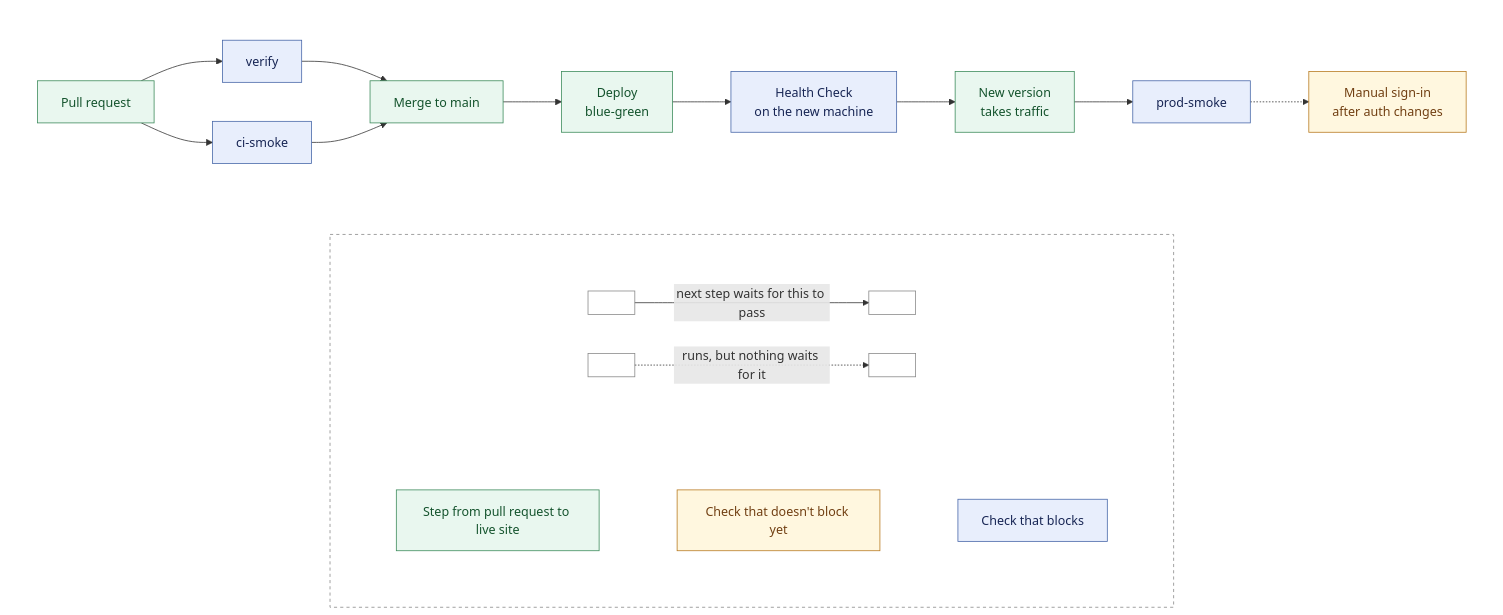
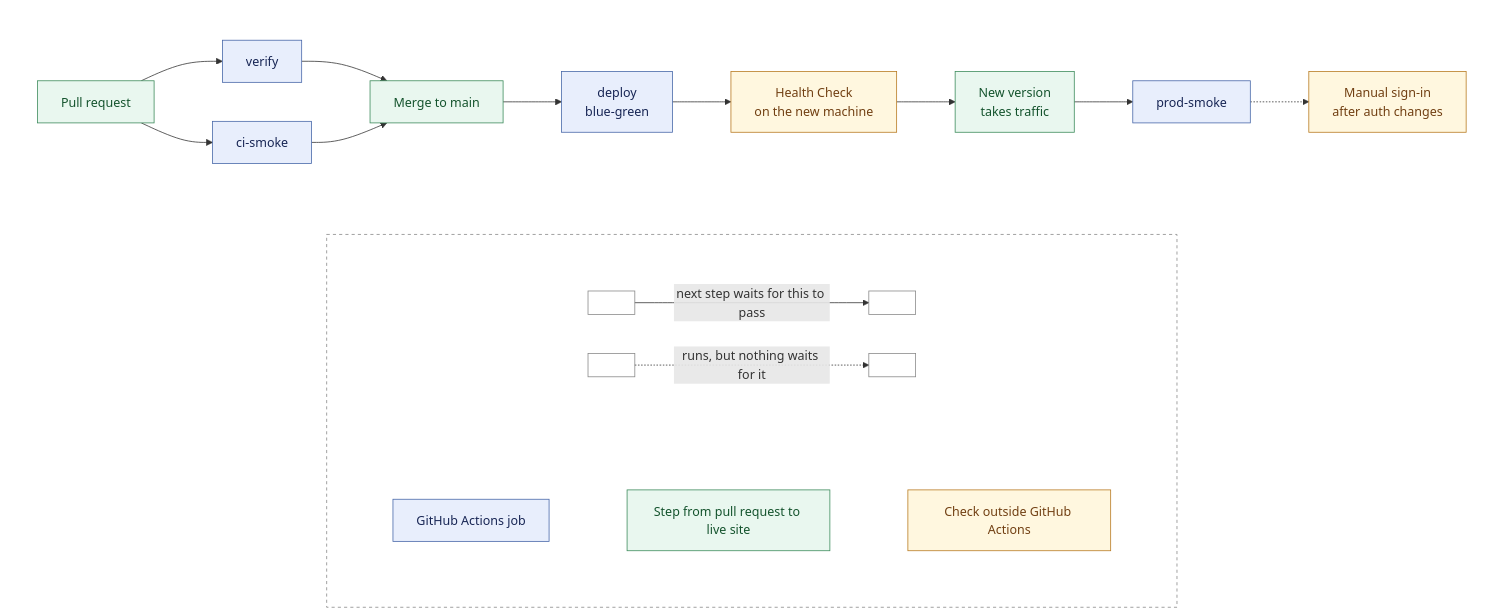
Before and after one commit to sumau/welltutored: the diagram in docs/pipeline.md, drawn with Mermaid.

Commit message:
Colour the pipeline diagram by kind of box, not by blocking
The arrows already say what blocks. Colour now separates GitHub Actions
jobs (verify, ci-smoke, deploy, prod-smoke), steps from pull request to
live site, and checks outside GitHub Actions (the Health Check, which
Fly runs, and the manual sign-in).

````diff
--- a/docs/pipeline.md
+++ b/docs/pipeline.md
@@ -12,52 +12,52 @@
 ```mermaid
 flowchart TB
   %% From pull request to live site.
   subgraph pipeline[" "]
     direction LR
     pr["Pull request"] --> verify["verify"]
     pr --> ciSmoke["ci-smoke"]
     verify --> merge["Merge to main"]
     ciSmoke --> merge
-    merge --> deploy["Deploy<br/>blue-green"]
+    merge --> deploy["deploy<br/>blue-green"]
     deploy --> health["Health Check<br/>on the new machine"]
     health --> live["New version<br/>takes traffic"]
     live --> prodSmoke["prod-smoke"]
     prodSmoke -.-> manual["Manual sign-in<br/>after auth changes"]
   end
 
   %% The legend. Links written ~~~ are invisible and only position things.
   subgraph legend[" "]
     direction TB
     subgraph legendArrows[" "]
       direction LR
       keyA[" "] -->|"next step waits for this to pass"| keyB[" "]
       keyC[" "] -.->|"runs, but nothing waits for it"| keyD[" "]
     end
 
     subgraph legendBoxes[" "]
       direction LR
+      keyJob["GitHub Actions job"]
       keyEvent["Step from pull request to live site"]
-      keySoft["Check that doesn't block yet"]
-      keyGate["Check that blocks"]
-      keyEvent ~~~ keySoft ~~~ keyGate
+      keyOther["Check outside GitHub Actions"]
+      keyJob ~~~ keyEvent ~~~ keyOther
     end
 
     legendArrows ~~~ legendBoxes
   end
 
   pipeline ~~~ legend
 
-  classDef gate fill:#e8eefc,stroke:#4666a8,color:#172554
-  classDef soft fill:#fff7df,stroke:#b7791f,color:#713f12
+  classDef job fill:#e8eefc,stroke:#4666a8,color:#172554
+  classDef other fill:#fff7df,stroke:#b7791f,color:#713f12
   classDef event fill:#e9f7ef,stroke:#3b8a5a,color:#14532d
   classDef blank fill:none,stroke:#888,color:#888
-  class verify,ciSmoke,health,prodSmoke,keyGate gate
-  class manual,keySoft soft
-  class pr,merge,deploy,live,keyEvent event
+  class verify,ciSmoke,deploy,prodSmoke,keyJob job
+  class health,manual,keyOther other
+  class pr,merge,live,keyEvent event
   class keyA,keyB,keyC,keyD blank
 
   style pipeline fill:none,stroke:none
   style legend fill:none,stroke:#888,stroke-dasharray:4
   style legendArrows fill:none,stroke:none
   style legendBoxes fill:none,stroke:none
 ```
````
